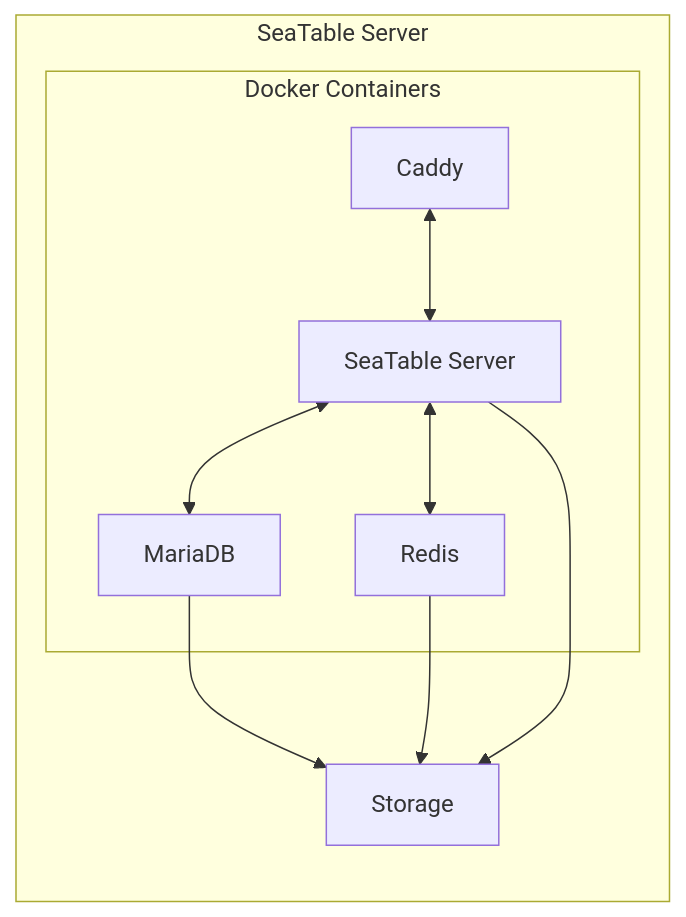
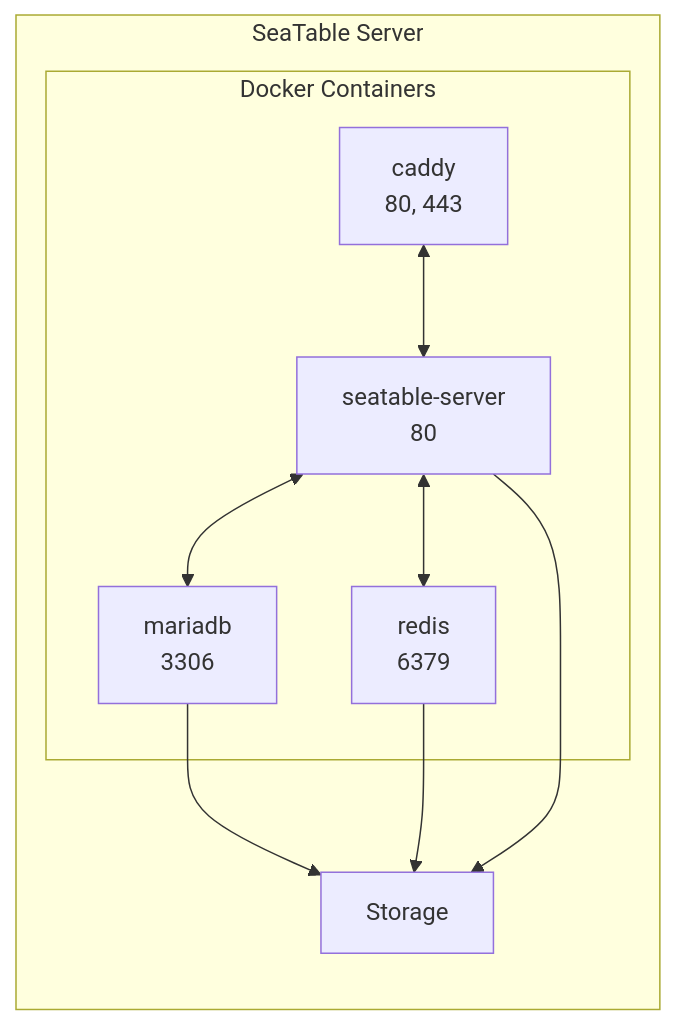
One commit to seatable/seatable-admin-docs changed the first of 2 diagrams in docs/introduction/architecture.md. Above: the diagram before and after it, drawn with Mermaid. The commit also changed other lines of this file, not shown here.

First line of the commit message:
Update architecture.md

````diff
--- a/docs/introduction/architecture.md
+++ b/docs/introduction/architecture.md
@@ -11,18 +11,18 @@
 ```mermaid
 flowchart LR
     subgraph s[SeaTable Server]
         subgraph d[Docker Containers]
-            A[Caddy]
-            B[SeaTable Server]
-            C[MariaDB]
-            D[Redis]
+            A[caddy<br/>80, 443]
+            B[seatable-server<br/>80]
+            C[mariadb<br/>3306]
+            D[redis<br/>6379]
             A<-->B
             B<-->C
             B<-->D
         end
         F[Storage]
         C --> F
         D --> F
         B --> F
     end
 ```
````
